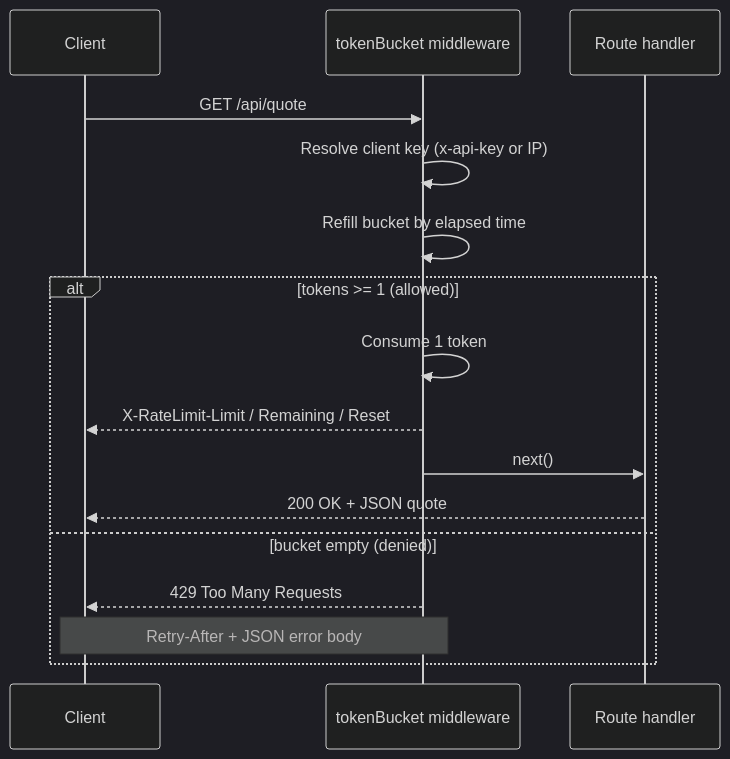
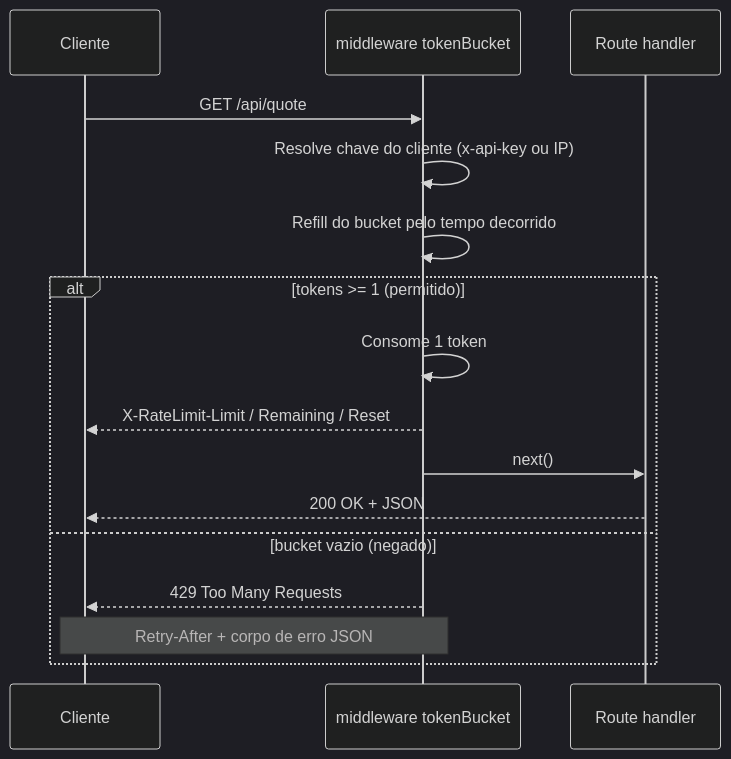
The diagram in README.md (geoggrigori/ratewise-api), drawn with Mermaid (dark theme) before and after one commit. The commit also changed other lines of this file, not shown here.

````diff
--- a/README.md
+++ b/README.md
@@ -29,20 +54,20 @@
 ```mermaid
 sequenceDiagram
-    participant C as Client
-    participant M as tokenBucket middleware
+    participant C as Cliente
+    participant M as middleware tokenBucket
     participant H as Route handler
 
     C->>M: GET /api/quote
-    M->>M: Resolve client key (x-api-key or IP)
-    M->>M: Refill bucket by elapsed time
+    M->>M: Resolve chave do cliente (x-api-key ou IP)
+    M->>M: Refill do bucket pelo tempo decorrido
 
-    alt tokens >= 1 (allowed)
-        M->>M: Consume 1 token
+    alt tokens >= 1 (permitido)
+        M->>M: Consome 1 token
         M-->>C: X-RateLimit-Limit / Remaining / Reset
         M->>H: next()
-        H-->>C: 200 OK + JSON quote
-    else bucket empty (denied)
+        H-->>C: 200 OK + JSON
+    else bucket vazio (negado)
         M-->>C: 429 Too Many Requests
-        Note over M,C: Retry-After + JSON error body
+        Note over M,C: Retry-After + corpo de erro JSON
     end
 ```
````
